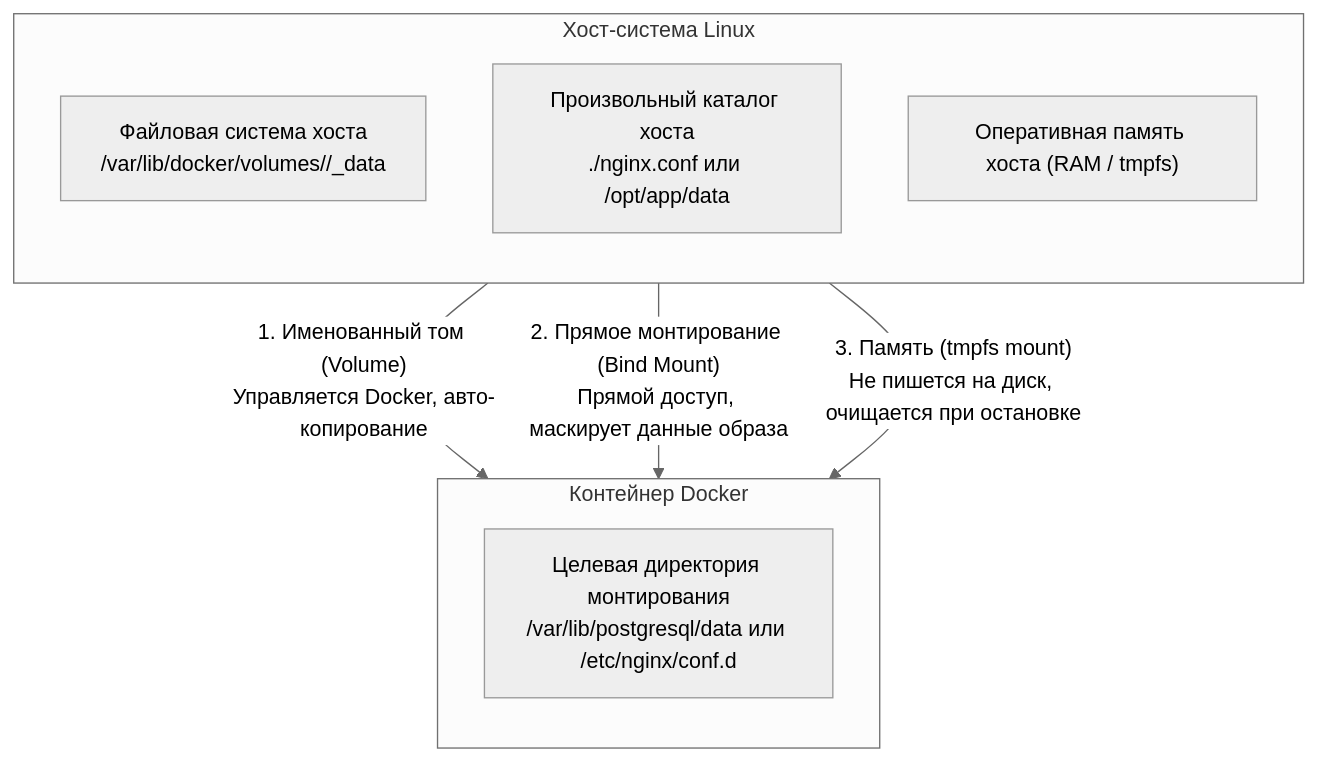
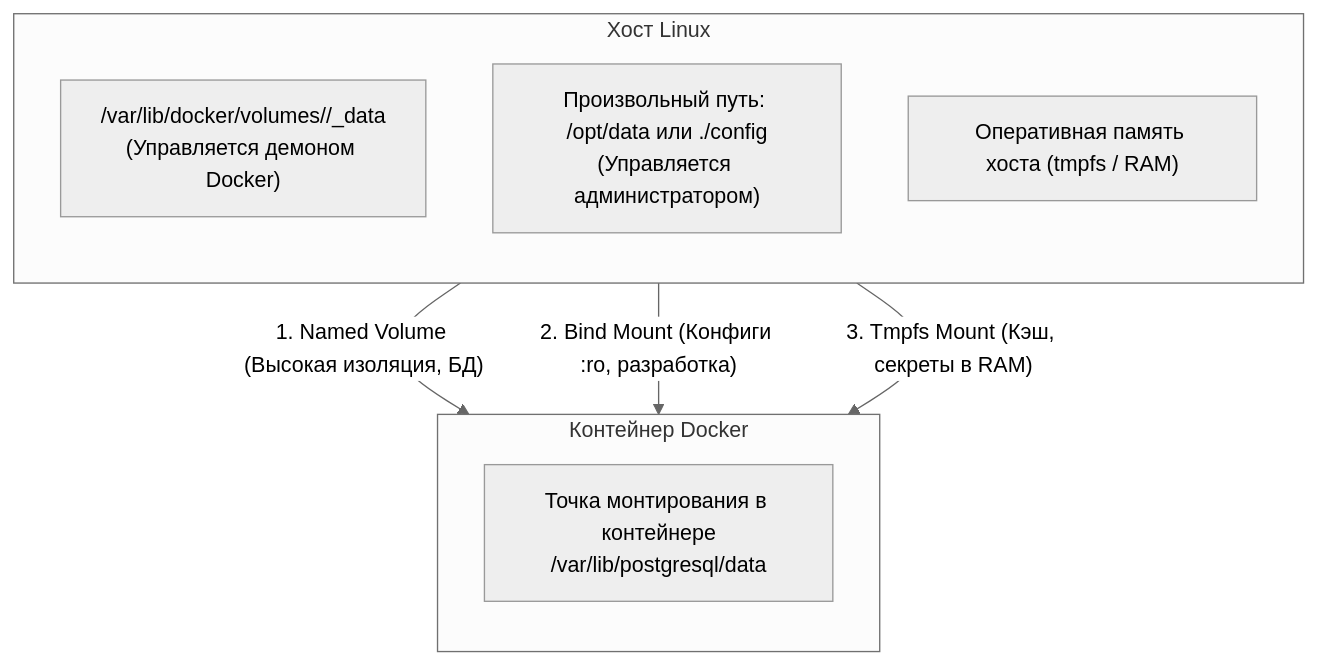
One commit to AndreyJVM/portfolio-service changed the diagram in content/courses/docker/04-volumes-and-data-persistence.md. Above: the diagram before and after it, drawn with Mermaid (neutral theme). The commit also changed other lines of this file and 26 other files, not shown here.

````diff
--- a/content/courses/docker/04-volumes-and-data-persistence.md
+++ b/content/courses/docker/04-volumes-and-data-persistence.md
@@ -13,18 +7,18 @@
 ```mermaid
 flowchart TD
-    subgraph Host["Хост-система Linux"]
+    subgraph Host["Хост Linux"]
         direction TB
-        VolDir["Файловая система хоста<br/>/var/lib/docker/volumes/<name>/_data"]
-        BindDir["Произвольный каталог хоста<br/>./nginx.conf или /opt/app/data"]
-        TmpfsRAM["Оперативная память хоста (RAM / tmpfs)"]
+        VolDir["/var/lib/docker/volumes/<name>/_data<br/>(Управляется демоном Docker)"]
+        BindDir["Произвольный путь: /opt/data или ./config<br/>(Управляется администратором)"]
+        TmpfsRAM["Оперативная память хоста (tmpfs / RAM)"]
     end
 
     subgraph Container["Контейнер Docker"]
         direction TB
-        TargetDir["Целевая директория монтирования<br/>/var/lib/postgresql/data или /etc/nginx/conf.d"]
+        TargetDir["Точка монтирования в контейнере<br/>/var/lib/postgresql/data"]
     end
 
-    VolDir -->|"1. Именованный том (Volume)<br/>Управляется Docker, авто-копирование"| TargetDir
-    BindDir -->|"2. Прямое монтирование (Bind Mount)<br/>Прямой доступ, маскирует данные образа"| TargetDir
-    TmpfsRAM -->|"3. Память (tmpfs mount)<br/>Не пишется на диск, очищается при остановке"| TargetDir
+    VolDir -->|"1. Named Volume (Высокая изоляция, БД)"| TargetDir
+    BindDir -->|"2. Bind Mount (Конфиги :ro, разработка)"| TargetDir
+    TmpfsRAM -->|"3. Tmpfs Mount (Кэш, секреты в RAM)"| TargetDir
 ```
````
